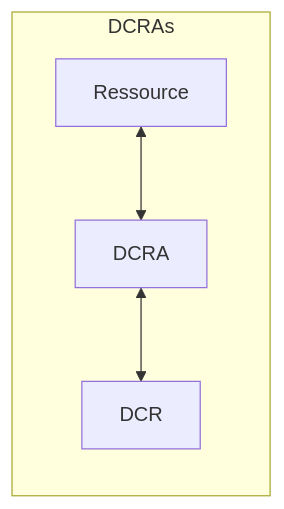
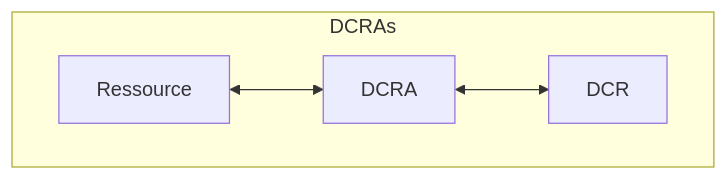
The diagram in Sentinel/DCR/01- Règle de collection de données DCR.md (elouahidiahmed/soc-doc), drawn with Mermaid before and after one commit.

Commit message:
graphe DCRA

````diff
--- a/Sentinel/DCR/01- Règle de collection de données DCR.md
+++ b/Sentinel/DCR/01- Règle de collection de données DCR.md
@@ -35,8 +35,8 @@
 ``` mermaid
 
-flowchart LR
-    subgraph DCRAs
+flowchart TB
+    subgraph DCRAs 
         Ressource <--> DCRA <--> DCR
     end
 
 ```
````
